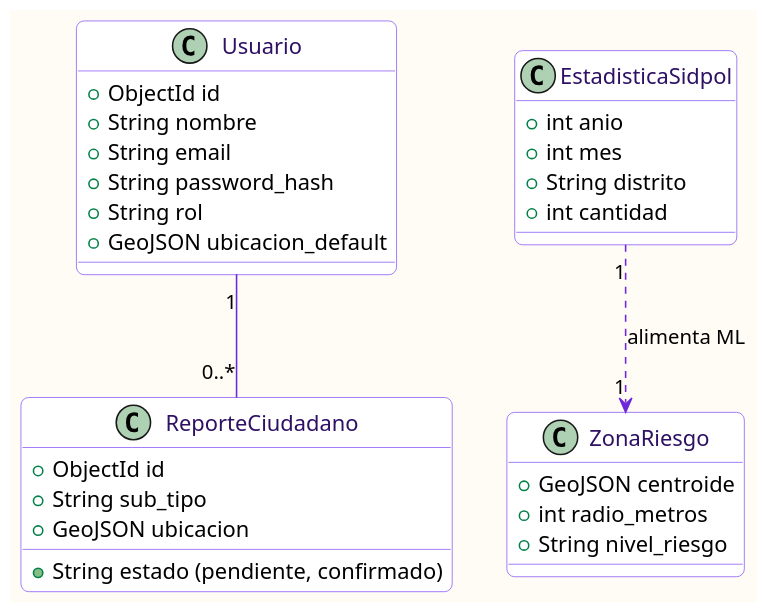
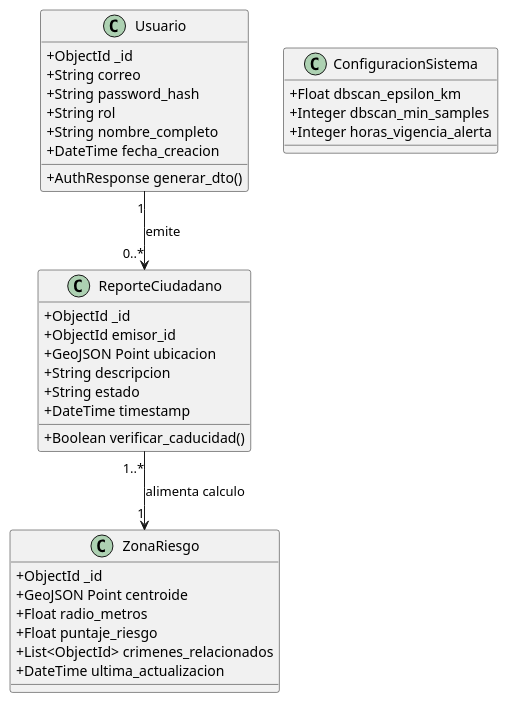
Before and after one commit to pieroalexanderppc/sgeo_pp: the seventh of 10 diagrams in docs/FD04-EPIS-Informe SAD de Proyecto.md, drawn with PlantUML. The commit also changed other lines of this file and 1 other file, not shown here.

Commit message:
Actualizacion de documentacion

````diff
--- a/docs/FD04-EPIS-Informe SAD de Proyecto.md
+++ b/docs/FD04-EPIS-Informe SAD de Proyecto.md
@@ -205,45 +329,44 @@
 ```plantuml
 @startuml
 skinparam shadowing false
-skinparam roundcorner 10
-skinparam dpi 150
-skinparam defaultFontName Segoe UI
-skinparam backgroundColor #FFFBF5
-skinparam ArrowColor #6D28D9
-skinparam ClassBackgroundColor #FFFFFF
-skinparam ClassBorderColor #8B5CF6
-skinparam ClassFontColor #2E1065
+skinparam classAttributeIconSize 0
 
 class Usuario {
-  +ObjectId id
-  +String nombre
-  +String email
-  +String password_hash
-  +String rol
-  +GeoJSON ubicacion_default
+  + ObjectId _id
+  + String correo
+  + String password_hash
+  + String rol
+  + String nombre_completo
+  + DateTime fecha_creacion
+  + AuthResponse generar_dto()
 }
 
 class ReporteCiudadano {
-  +ObjectId id
-  +String sub_tipo
-  +GeoJSON ubicacion
-  +String estado (pendiente, confirmado)
-}
-
-class EstadisticaSidpol {
-  +int anio
-  +int mes
-  +String distrito
-  +int cantidad
+  + ObjectId _id
+  + ObjectId emisor_id
+  + GeoJSON Point ubicacion
+  + String descripcion
+  + String estado
+  + DateTime timestamp
+  + Boolean verificar_caducidad()
 }
 
 class ZonaRiesgo {
-  +GeoJSON centroide
-  +int radio_metros
-  +String nivel_riesgo
+  + ObjectId _id
+  + GeoJSON Point centroide
+  + Float radio_metros
+  + Float puntaje_riesgo
+  + List<ObjectId> crimenes_relacionados
+  + DateTime ultima_actualizacion
 }
 
-Usuario "1" -- "0..*" ReporteCiudadano
-EstadisticaSidpol "1" ..> "1" ZonaRiesgo : alimenta ML
+class ConfiguracionSistema {
+  + Float dbscan_epsilon_km
+  + Integer dbscan_min_samples
+  + Integer horas_vigencia_alerta
+}
+
+Usuario "1" --> "0..*" ReporteCiudadano : emite
+ReporteCiudadano "1..*" --> "1" ZonaRiesgo : alimenta calculo
 @enduml
 ```
````
